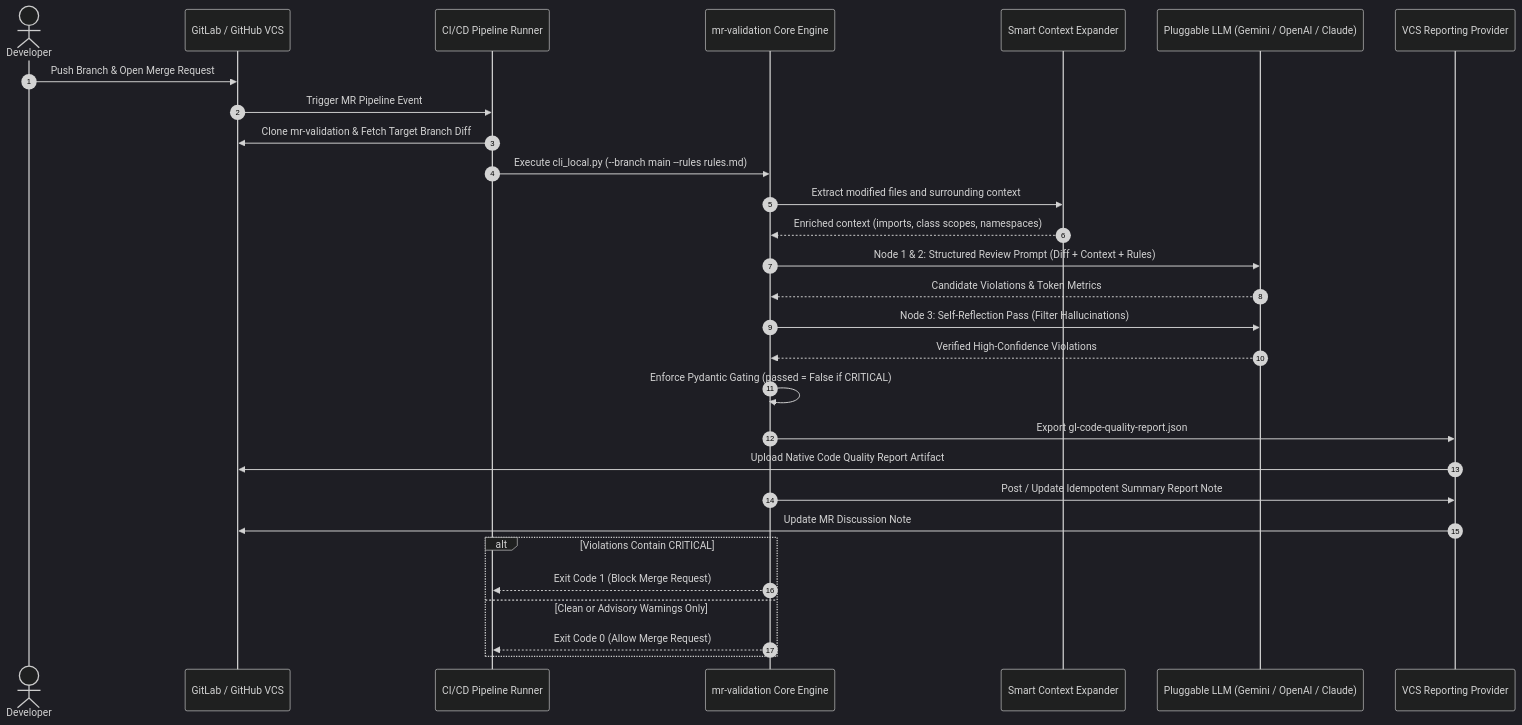
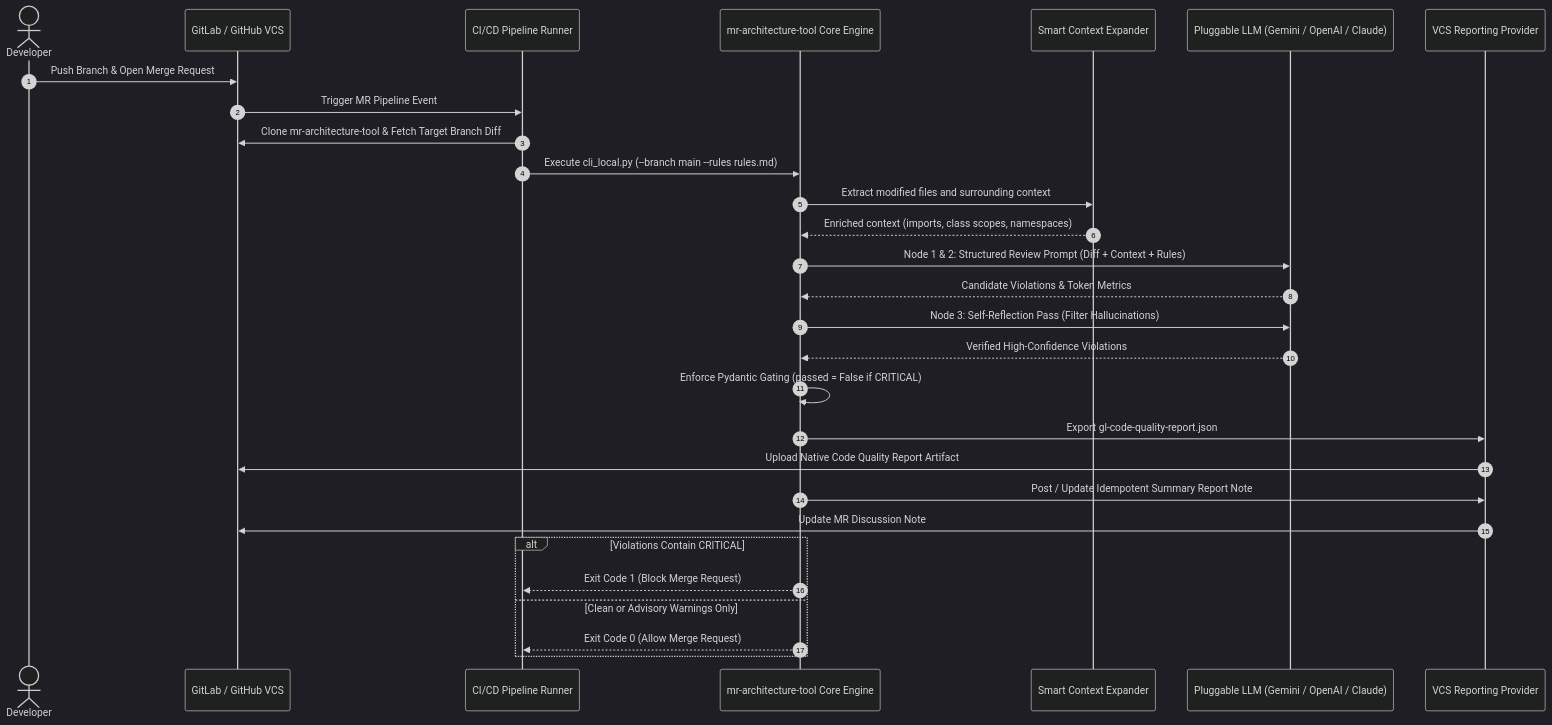
One commit to DEBB2002/mr-validation changed the second of 4 diagrams in README.md. Above: the diagram before and after it, drawn with Mermaid (dark theme). The commit also changed other lines of this file, not shown here.

Commit message:
docs: update repository references to mr-architecture-tool in architecture diagrams and CI configuration

````diff
--- a/README.md
+++ b/README.md
@@ -85,32 +85,32 @@
 ```mermaid
 sequenceDiagram
     autonumber
     actor Dev as Developer
     participant GL as GitLab / GitHub VCS
     participant CI as CI/CD Pipeline Runner
-    participant Core as mr-validation Core Engine
+    participant Core as mr-architecture-tool Core Engine
     participant Ctx as Smart Context Expander
     participant LLM as Pluggable LLM (Gemini / OpenAI / Claude)
     participant Rep as VCS Reporting Provider
 
     Dev->>GL: Push Branch & Open Merge Request
     GL->>CI: Trigger MR Pipeline Event
-    CI->>GL: Clone mr-validation & Fetch Target Branch Diff
+    CI->>GL: Clone mr-architecture-tool & Fetch Target Branch Diff
     CI->>Core: Execute cli_local.py (--branch main --rules rules.md)
     Core->>Ctx: Extract modified files and surrounding context
     Ctx-->>Core: Enriched context (imports, class scopes, namespaces)
     Core->>LLM: Node 1 & 2: Structured Review Prompt (Diff + Context + Rules)
     LLM-->>Core: Candidate Violations & Token Metrics
     Core->>LLM: Node 3: Self-Reflection Pass (Filter Hallucinations)
     LLM-->>Core: Verified High-Confidence Violations
     Core->>Core: Enforce Pydantic Gating (passed = False if CRITICAL)
     Core->>Rep: Export gl-code-quality-report.json
     Rep->>GL: Upload Native Code Quality Report Artifact
     Core->>Rep: Post / Update Idempotent Summary Report Note
     Rep->>GL: Update MR Discussion Note
     alt Violations Contain CRITICAL
         Core-->>CI: Exit Code 1 (Block Merge Request)
     else Clean or Advisory Warnings Only
         Core-->>CI: Exit Code 0 (Allow Merge Request)
     end
 ```
````
